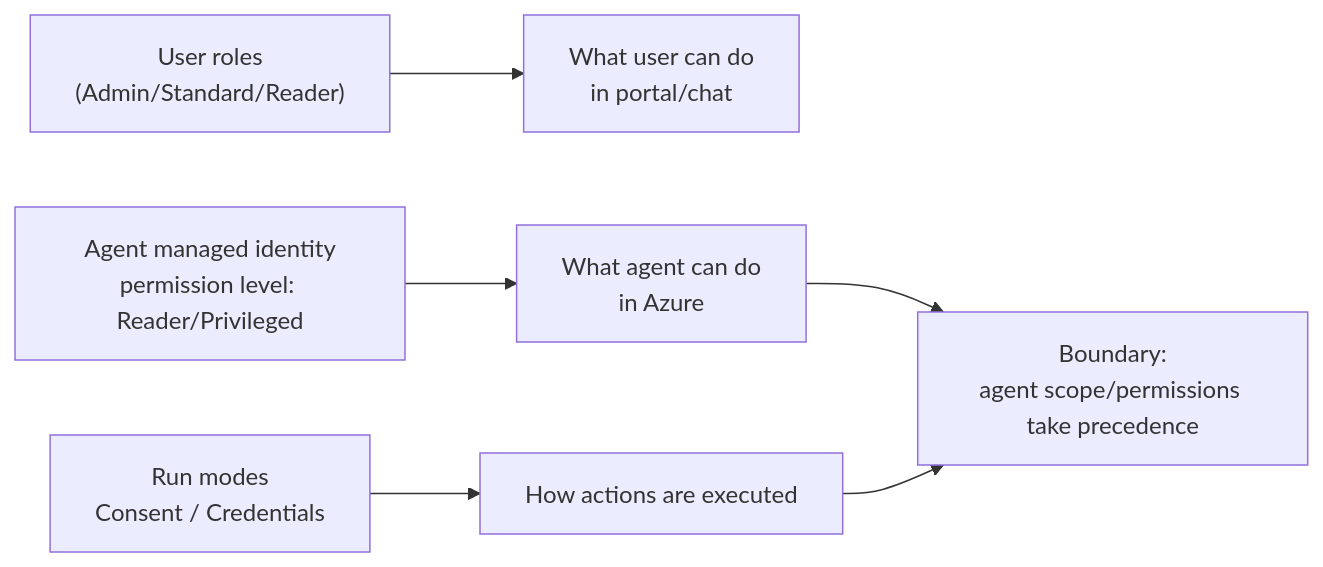
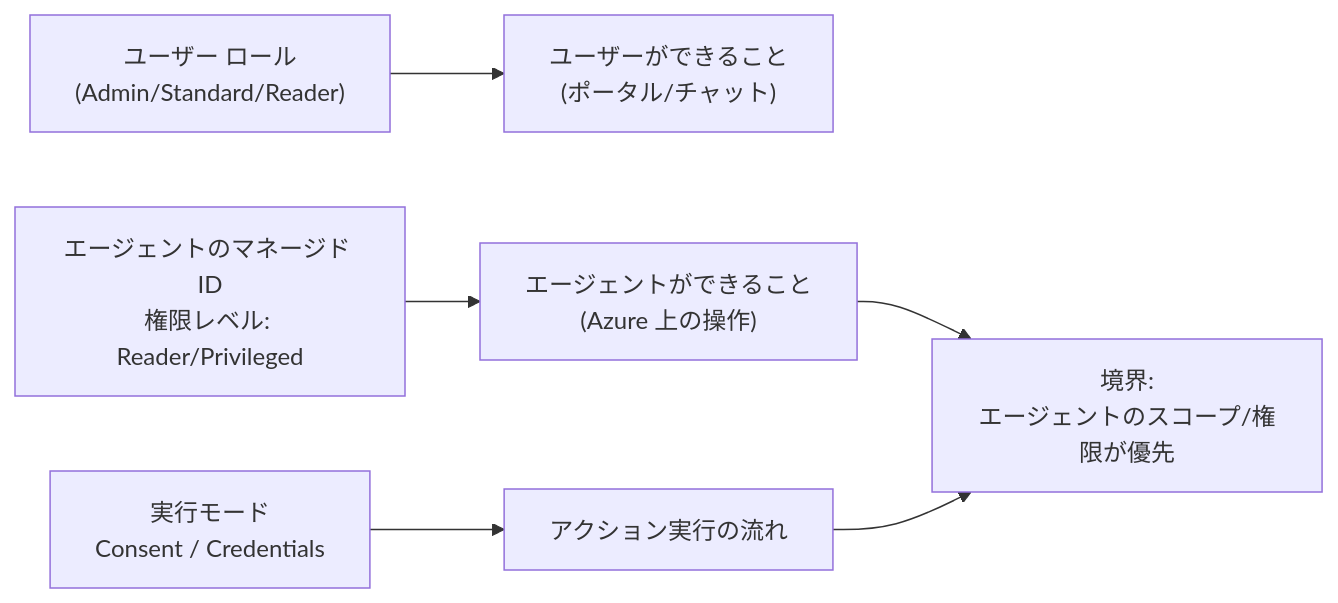
Before and after one commit to TakumiSeo/Tech-BLOG: the third of 12 diagrams in content/posts/ja-jp/sre-agent-planning.md, drawn with Mermaid. The commit also changed other lines of this file, not shown here.

````diff
--- a/content/posts/ja-jp/sre-agent-planning.md
+++ b/content/posts/ja-jp/sre-agent-planning.md
@@ -156,9 +156,9 @@
 ```mermaid
 flowchart LR
-  RBAC["User roles\n(Admin/Standard/Reader)"] --> UX["What user can do\nin portal/chat"]
-  MI["Agent managed identity\npermission level: Reader/Privileged"] --> ACT["What agent can do\nin Azure"]
-  RM["Run modes\nConsent / Credentials"] --> FLOW["How actions are executed"]
+  RBAC["ユーザー ロール\n(Admin/Standard/Reader)"] --> UX["ユーザーができること\n(ポータル/チャット)"]
+  MI["エージェントのマネージド ID\n権限レベル: Reader/Privileged"] --> ACT["エージェントができること\n(Azure 上の操作)"]
+  RM["実行モード\nConsent / Credentials"] --> FLOW["アクション実行の流れ"]
 
-  ACT --> BND["Boundary:\nagent scope/permissions take precedence"]
+  ACT --> BND["境界:\nエージェントのスコープ/権限が優先"]
   FLOW --> BND
 ```
````
